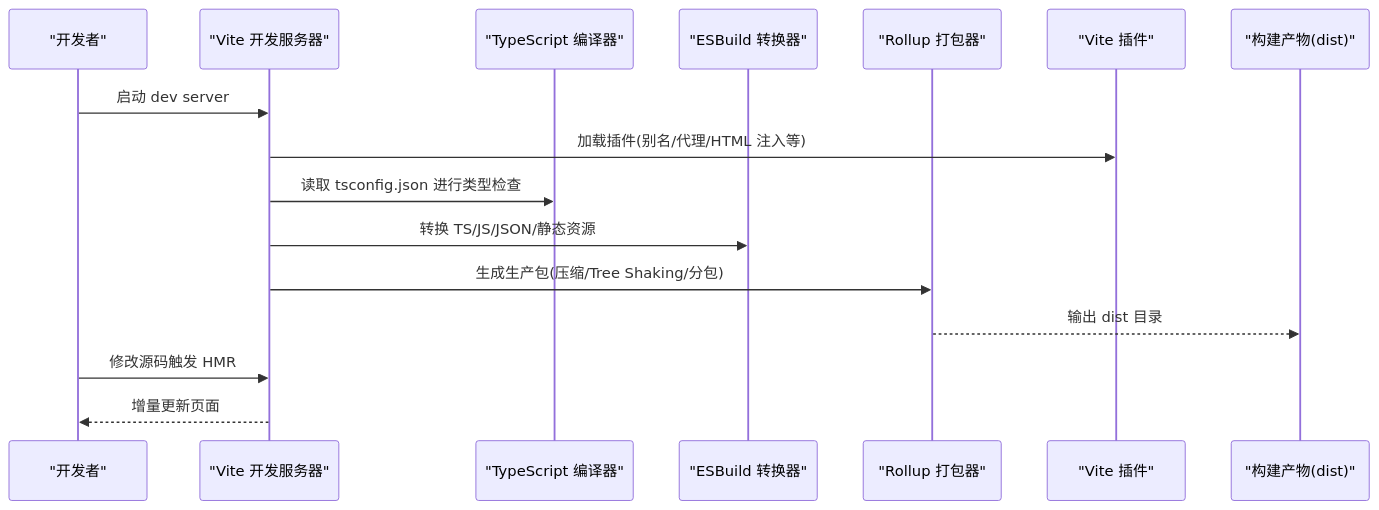
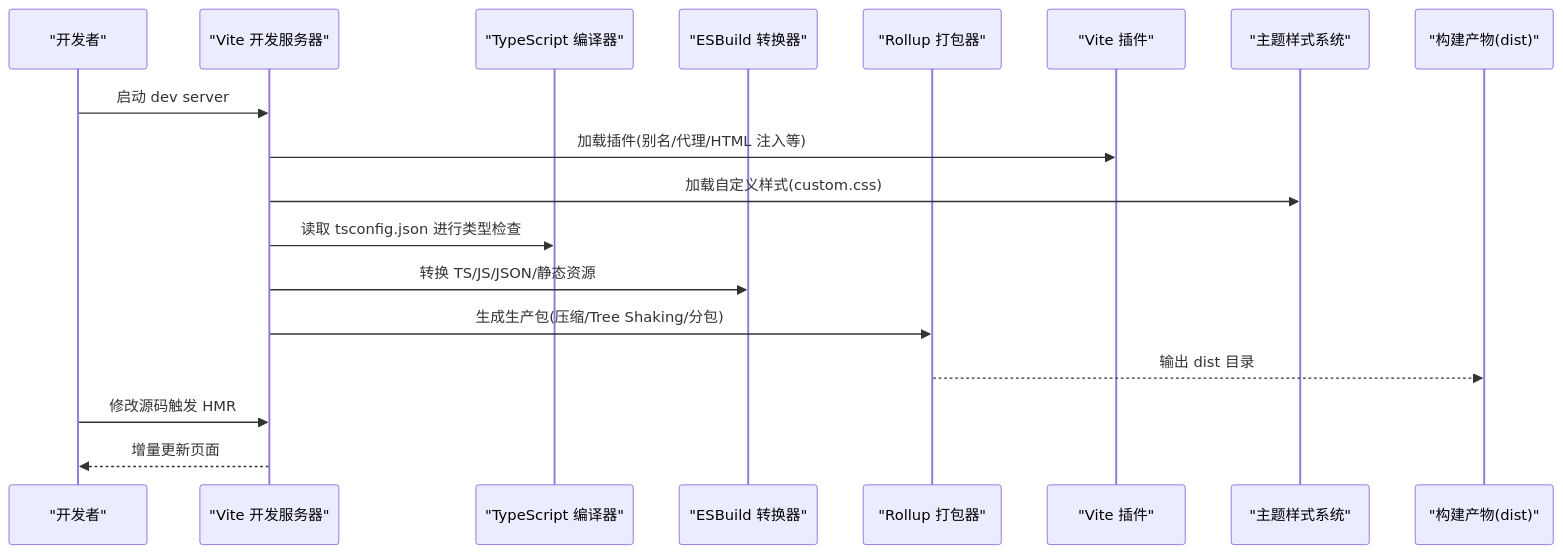
Before and after one commit to ja-plus/stk-table-vue: the second of 4 diagrams in .qoder/repowiki/zh/content/集成指南/构建配置/构建配置.md, drawn with Mermaid. The commit also changed other lines of this file and 54 other files, not shown here.

````diff
--- a/.qoder/repowiki/zh/content/集成指南/构建配置/构建配置.md
+++ b/.qoder/repowiki/zh/content/集成指南/构建配置/构建配置.md
@@ -97,18 +107,20 @@
 ```mermaid
 sequenceDiagram
 participant Dev as "开发者"
 participant Vite as "Vite 开发服务器"
 participant TS as "TypeScript 编译器"
 participant ESBuild as "ESBuild 转换器"
 participant Rollup as "Rollup 打包器"
 participant Plugin as "Vite 插件"
+participant Theme as "主题样式系统"
 participant Output as "构建产物(dist)"
 Dev->>Vite : 启动 dev server
 Vite->>Plugin : 加载插件(别名/代理/HTML 注入等)
+Vite->>Theme : 加载自定义样式(custom.css)
 Vite->>TS : 读取 tsconfig.json 进行类型检查
 Vite->>ESBuild : 转换 TS/JS/JSON/静态资源
 Vite->>Rollup : 生成生产包(压缩/Tree Shaking/分包)
 Rollup-->>Output : 输出 dist 目录
 Dev->>Vite : 修改源码触发 HMR
 Vite-->>Dev : 增量更新页面
 ```
````
